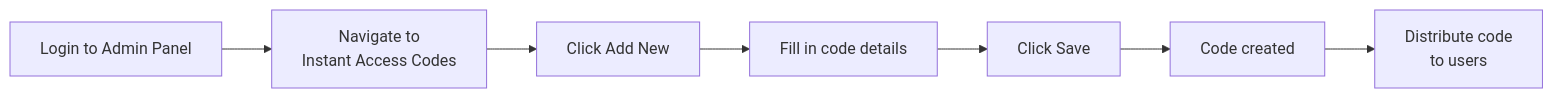
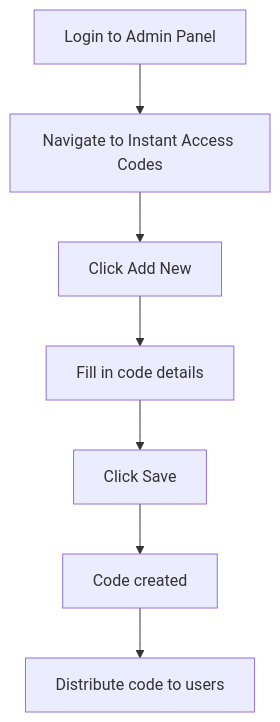
Before and after one commit to ColfaxResearch/cxpn-admin-readthedocs: the fifth of 7 diagrams in docs/source/workflow-examples.rst, drawn with Mermaid. The commit also changed other lines of this file, not shown here.

Commit message:
switch workflow diagrams from horizontal to vertical layout

```diff
--- a/docs/source/workflow-examples.rst
+++ b/docs/source/workflow-examples.rst
@@ -97,9 +97,9 @@
 .. mermaid::
 
-   graph LR
-       A[Login to Admin Panel] --> B[Navigate to<br>Instant Access Codes]
+   graph TD
+       A[Login to Admin Panel] --> B[Navigate to Instant Access Codes]
        B --> C[Click Add New]
        C --> D[Fill in code details]
        D --> E[Click Save]
        E --> F[Code created]
-       F --> G[Distribute code<br>to users]
+       F --> G[Distribute code to users]
```
